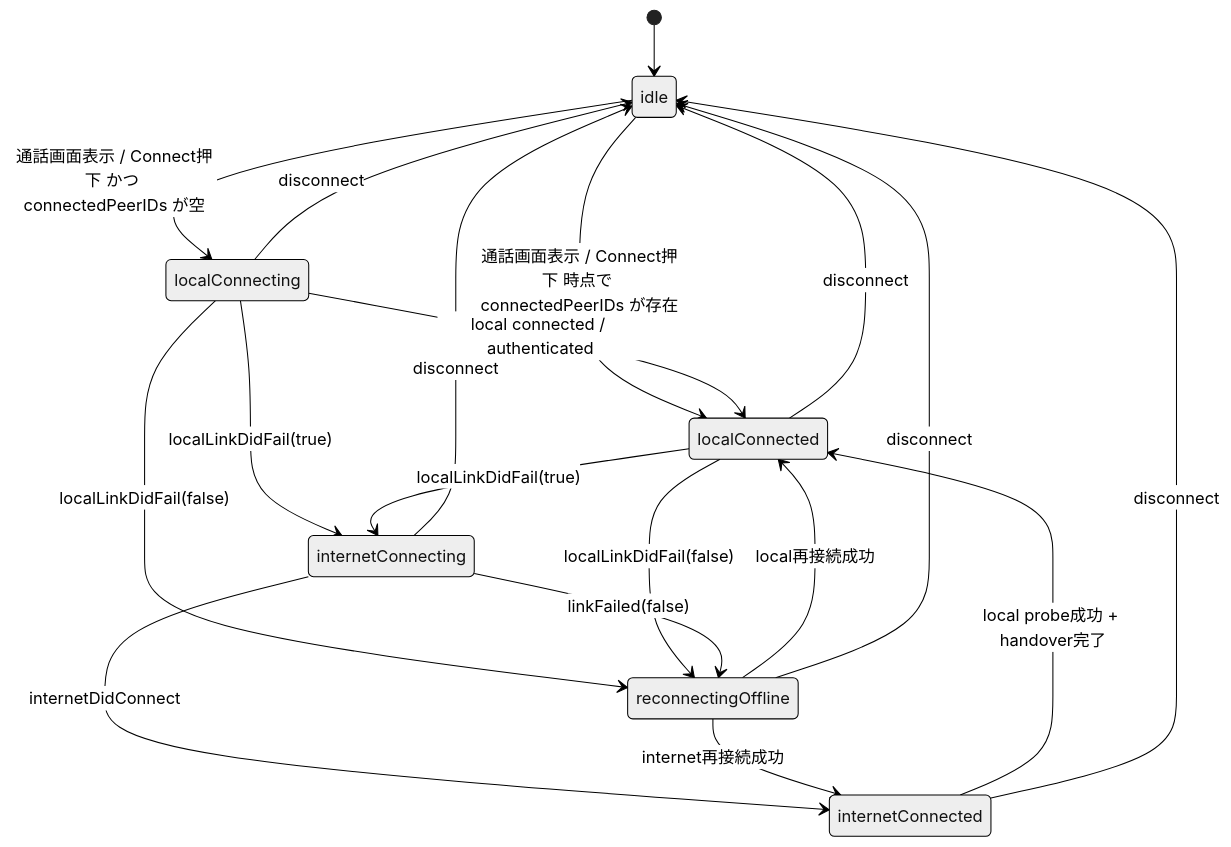
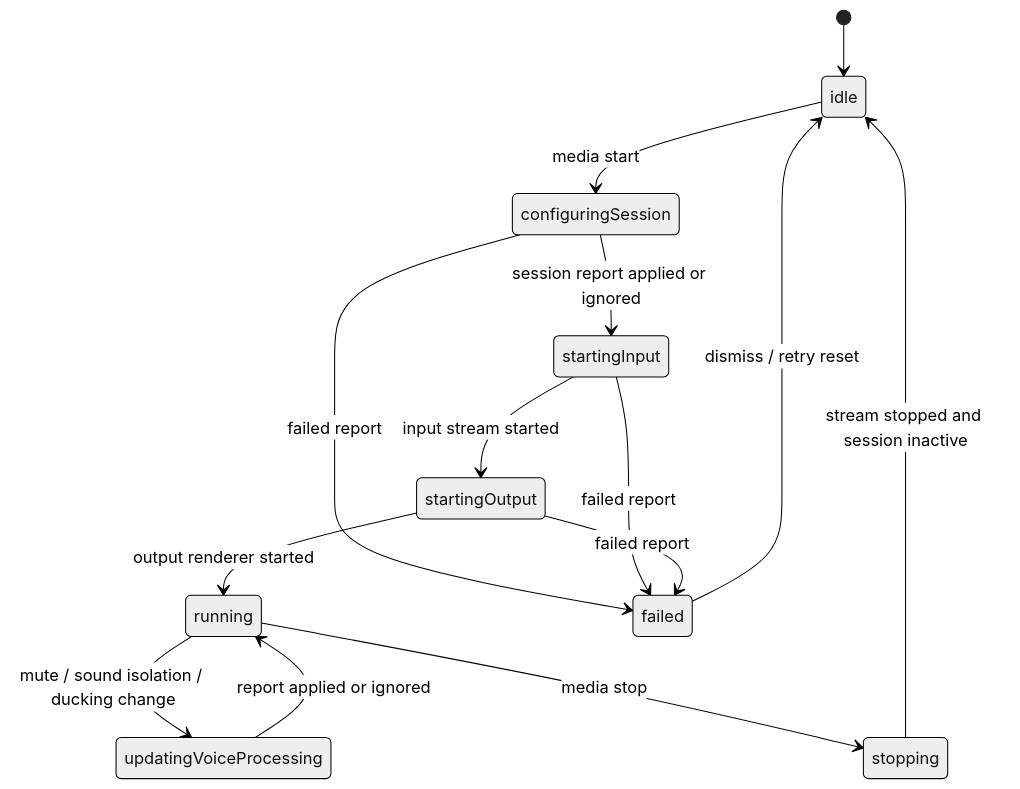
The third of 5 diagrams in docs/spec/App/UI/画面・状態遷移.md (eroccowaruico/iOS-Intercom), drawn with Mermaid (neutral theme) before and after one commit. The commit also changed other lines of this file and 49 other files, not shown here.

````diff
--- a/docs/spec/App/UI/画面・状態遷移.md
+++ b/docs/spec/App/UI/画面・状態遷移.md
@@ -65,27 +54,16 @@
 ```mermaid
 stateDiagram-v2
     [*] --> idle
-
-    idle --> localConnecting: 通話画面表示 / Connect押下 かつ connectedPeerIDs が空
-    idle --> localConnected: 通話画面表示 / Connect押下 時点で connectedPeerIDs が存在
-
-    localConnecting --> localConnected: local connected / authenticated
-    localConnecting --> internetConnecting: localLinkDidFail(true)
-    localConnecting --> reconnectingOffline: localLinkDidFail(false)
-
-    localConnected --> internetConnecting: localLinkDidFail(true)
-    localConnected --> reconnectingOffline: localLinkDidFail(false)
-
-    internetConnecting --> internetConnected: internetDidConnect
-    internetConnecting --> reconnectingOffline: linkFailed(false)
-
-    internetConnected --> localConnected: local probe成功 + handover完了
-    reconnectingOffline --> localConnected: local再接続成功
-    reconnectingOffline --> internetConnected: internet再接続成功
-
-    localConnecting --> idle: disconnect
-    localConnected --> idle: disconnect
-    internetConnecting --> idle: disconnect
-    internetConnected --> idle: disconnect
-    reconnectingOffline --> idle: disconnect
+    idle --> configuringSession: media start
+    configuringSession --> startingInput: session report applied or ignored
+    startingInput --> startingOutput: input stream started
+    startingOutput --> running: output renderer started
+    running --> updatingVoiceProcessing: mute / sound isolation / ducking change
+    updatingVoiceProcessing --> running: report applied or ignored
+    running --> stopping: media stop
+    stopping --> idle: stream stopped and session inactive
+    configuringSession --> failed: failed report
+    startingInput --> failed: failed report
+    startingOutput --> failed: failed report
+    failed --> idle: dismiss / retry reset
 ```
````
